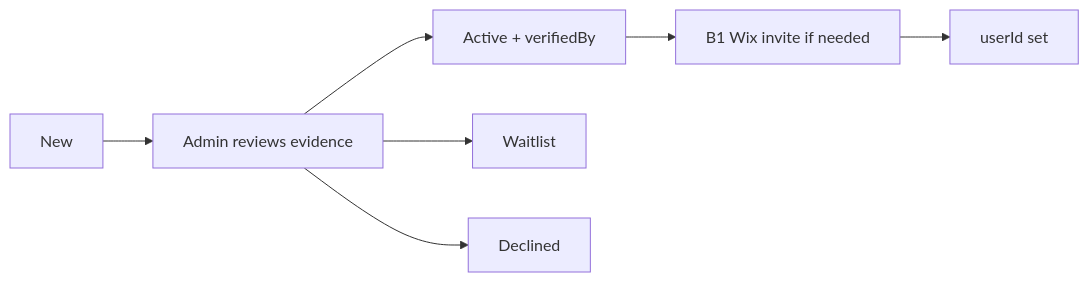
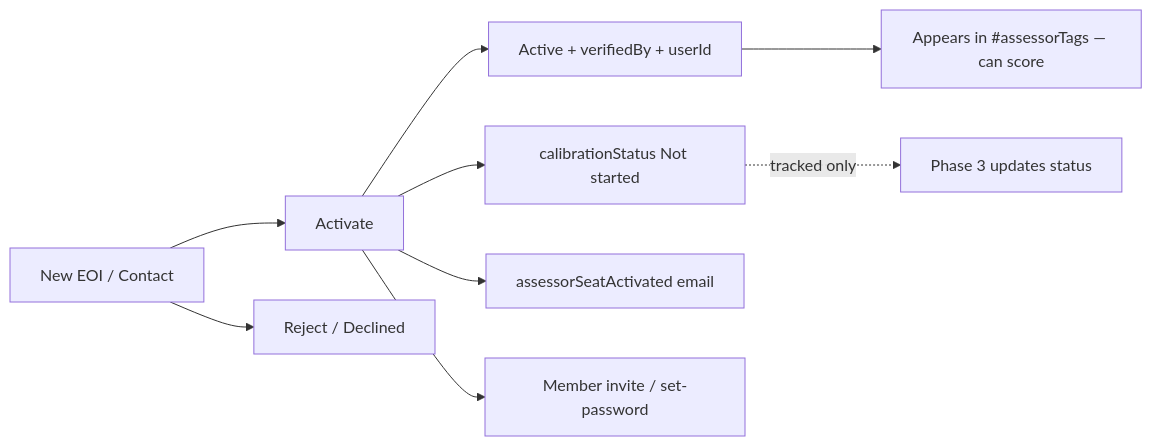
Before and after one commit to baloghp/PBF: the third of 3 diagrams in Contractor_of_The_Year/Implementation/Assessor-Wix/02-assessor-portal.md, drawn with Mermaid. The commit also changed other lines of this file and 31 other files, not shown here.

````diff
--- a/Contractor_of_The_Year/Implementation/Assessor-Wix/02-assessor-portal.md
+++ b/Contractor_of_The_Year/Implementation/Assessor-Wix/02-assessor-portal.md
@@ -209,9 +375,11 @@
 ```mermaid
 flowchart LR
-  New[New] --> Review[Admin reviews evidence]
-  Review --> Active[Active + verifiedBy]
-  Review --> Waitlist[Waitlist]
-  Review --> Declined[Declined]
-  Active --> Invite[B1 Wix invite if needed]
-  Invite --> UserId[userId set]
+  New[New EOI / Contact] --> Activate[Activate]
+  Activate --> Active[Active + verifiedBy + userId]
+  Activate --> Cal[calibrationStatus Not started]
+  Activate --> Email[assessorSeatActivated email]
+  Activate --> Invite[Member invite / set-password]
+  New --> Reject[Reject / Declined]
+  Active --> Tags[Appears in #assessorTags — can score]
+  Cal -.->|tracked only| Phase3[Phase 3 updates status]
 ```
````
